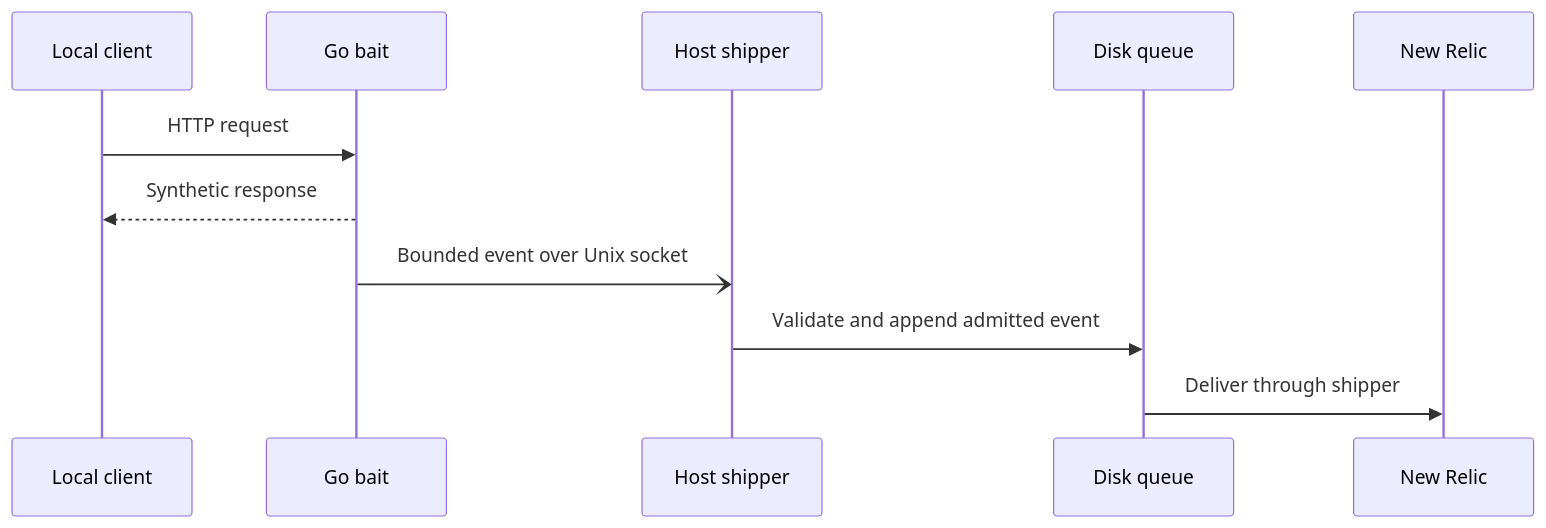
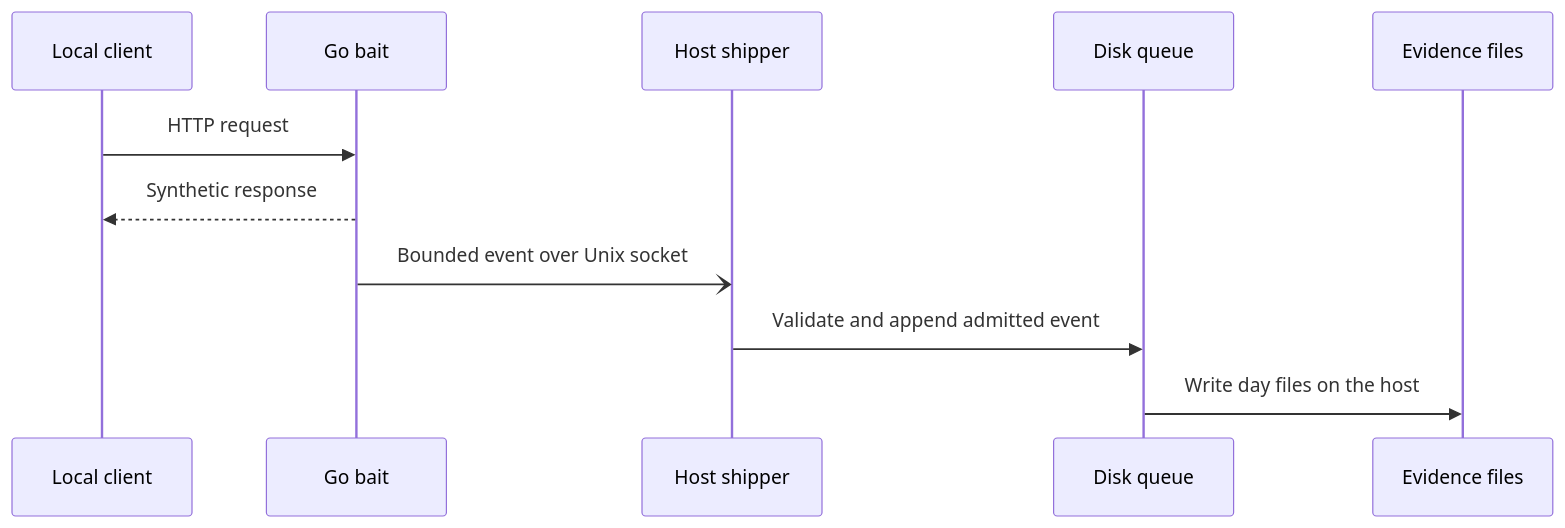
The diagram in AGENTS.md (caretak3r/attack-box), drawn with Mermaid before and after one commit. The commit also changed other lines of this file and 18 other files, not shown here.

First line of the commit message:
docs: describe the host evidence store, console and pull instead of New Relic

````diff
--- a/AGENTS.md
+++ b/AGENTS.md
@@ -22,15 +23,15 @@
 ```mermaid
 sequenceDiagram
     accTitle: Bait response and telemetry boundaries
     accDescr: The server returns a synthetic response. The bait submits a bounded event to the shipper without a durable acknowledgement.
     participant C as Local client
     participant B as Go bait
     participant S as Host shipper
     participant Q as Disk queue
-    participant N as New Relic
+    participant E as Evidence files
     C->>B: HTTP request
     B-->>C: Synthetic response
     B-)S: Bounded event over Unix socket
     S->>Q: Validate and append admitted event
-    Q->>N: Deliver through shipper
+    Q->>E: Write day files on the host
 ```
````
